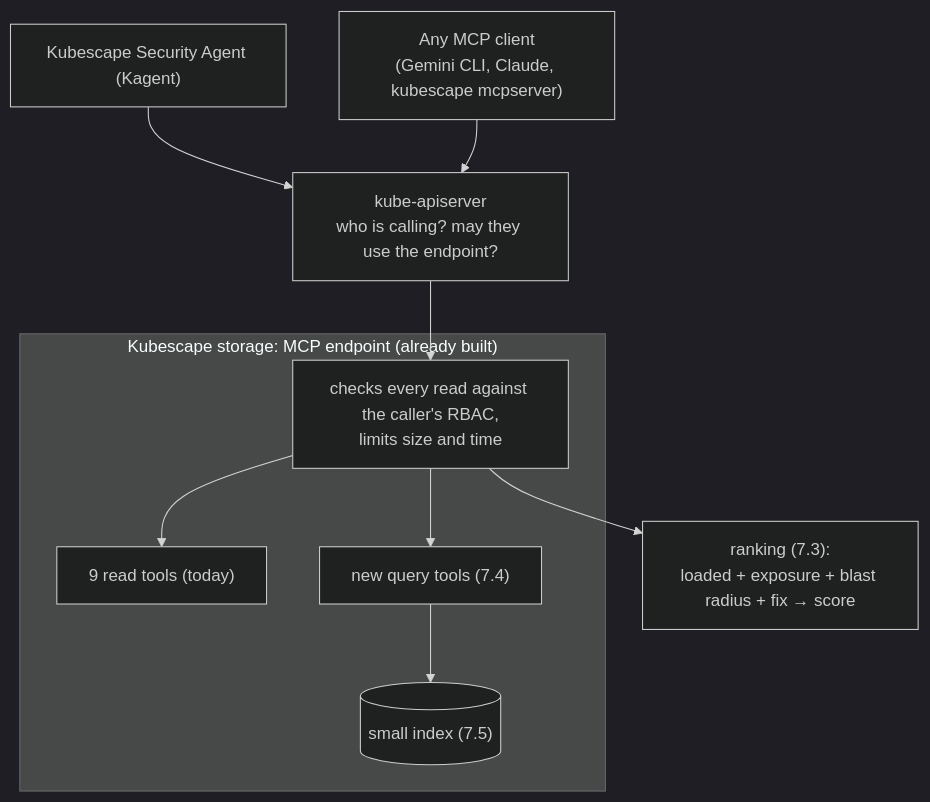
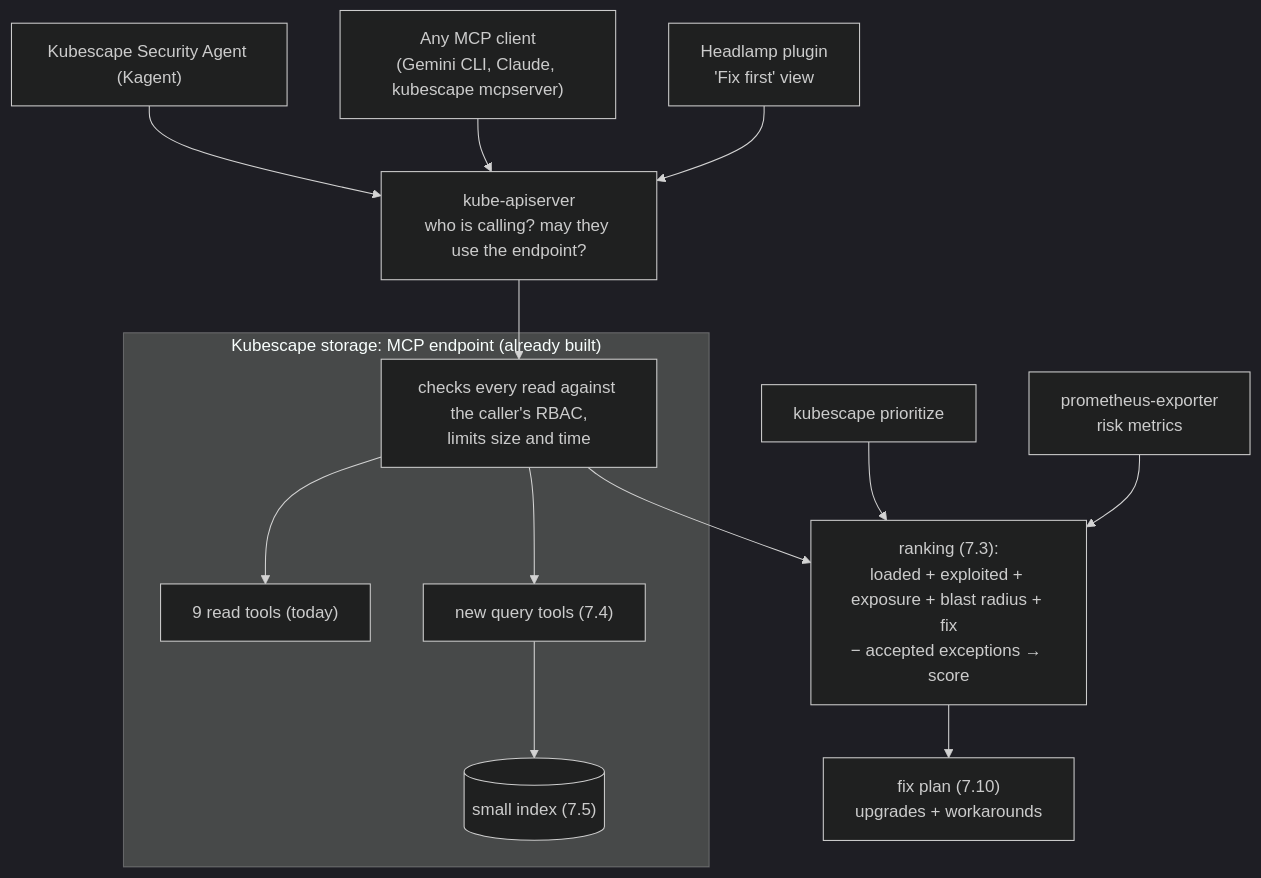
The third of 9 diagrams in proposals/fix-what-matters.md (kubescape/designs-and-proposals), drawn with Mermaid (dark theme) before and after one commit. The commit also changed other lines of this file, not shown here.

Commit message:
proposal: Fix What Matters: exploit signal, misconfigurations, exceptions, fix plan, Headlamp, CLI and Prometheus

````diff
--- a/proposals/fix-what-matters.md
+++ b/proposals/fix-what-matters.md
@@ -180,13 +197,17 @@
 ```mermaid
 flowchart TB
   KA["Kubescape Security Agent (Kagent)"] --> API
   OC["Any MCP client<br/>(Gemini CLI, Claude, kubescape mcpserver)"] --> API
+  HL["Headlamp plugin<br/>'Fix first' view"] --> API
+  CLI["kubescape prioritize"] --> R
+  PE["prometheus-exporter<br/>risk metrics"] --> R
   API["kube-apiserver<br/>who is calling? may they use the endpoint?"] --> EP
   subgraph STR["Kubescape storage: MCP endpoint (already built)"]
     EP["checks every read against the caller's RBAC,<br/>limits size and time"]
     EP --> RT["9 read tools (today)"]
     EP --> QT["new query tools (7.4)"]
     QT --> IDX[("small index (7.5)")]
   end
-  EP --> R["ranking (7.3):<br/>loaded + exposure + blast radius + fix → score"]
+  EP --> R["ranking (7.3):<br/>loaded + exploited + exposure + blast radius + fix<br/>− accepted exceptions → score"]
+  R --> FP["fix plan (7.10)<br/>upgrades + workarounds"]
 ```
````
